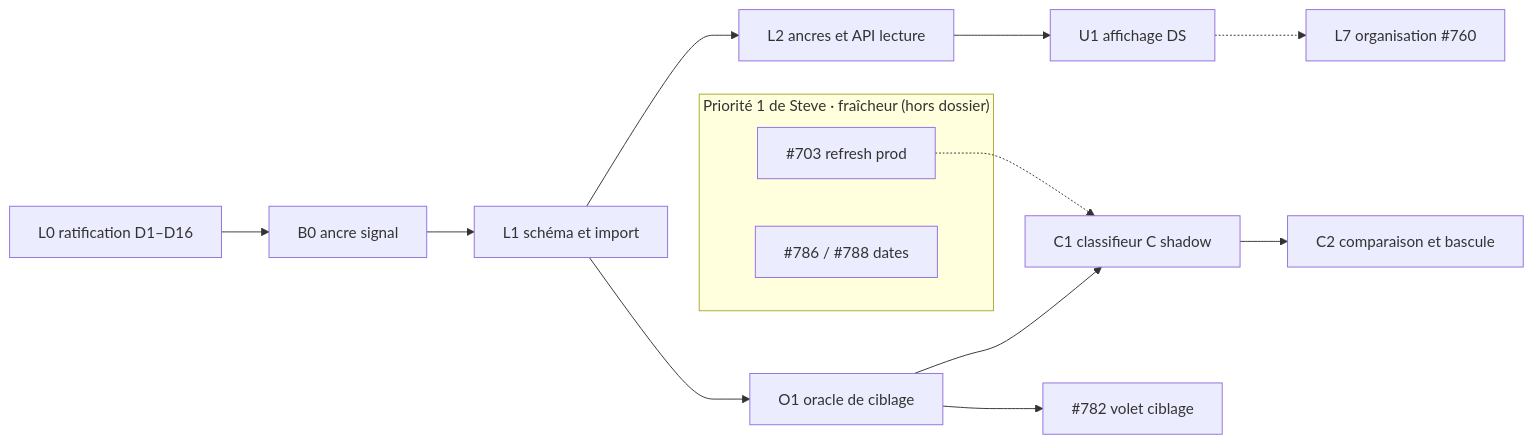
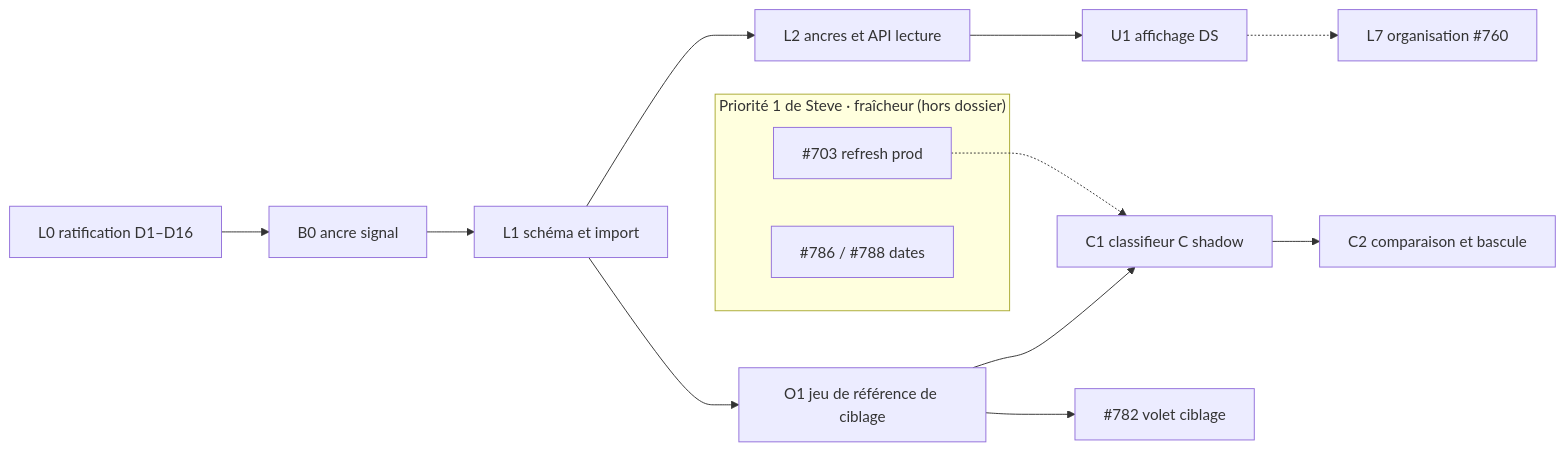
One commit to rhanka/radar-immobilier changed diagram 18 of 22 in docs/spec/reports/dossier-retours-steve/DOSSIER_DECISION_RETOURS_STEVE_2026-10-03.md. Above: the diagram before and after it, drawn with Mermaid. The commit also changed other lines of this file and 47 other files, not shown here.

````diff
--- a/docs/spec/reports/dossier-retours-steve/DOSSIER_DECISION_RETOURS_STEVE_2026-10-03.md
+++ b/docs/spec/reports/dossier-retours-steve/DOSSIER_DECISION_RETOURS_STEVE_2026-10-03.md
@@ -1761,17 +2013,17 @@
 ```mermaid
 flowchart LR
   subgraph P1["Priorité 1 de Steve · fraîcheur (hors dossier)"]
     F1["#703 refresh prod"]
     F2["#786 / #788 dates"]
   end
   L0["L0 ratification D1–D16"] --> B0["B0 ancre signal"]
   B0 --> L1["L1 schéma et import"]
   L1 --> L2["L2 ancres et API lecture"]
   L2 --> U1["U1 affichage DS"]
-  L1 --> O1["O1 oracle de ciblage"]
+  L1 --> O1["O1 jeu de référence de ciblage"]
   O1 --> C1["C1 classifieur C shadow"]
   C1 --> C2["C2 comparaison et bascule"]
   O1 --> BM["#782 volet ciblage"]
   F1 -.-> C1
   U1 -.-> L7["L7 organisation #760"]
 ```
````
